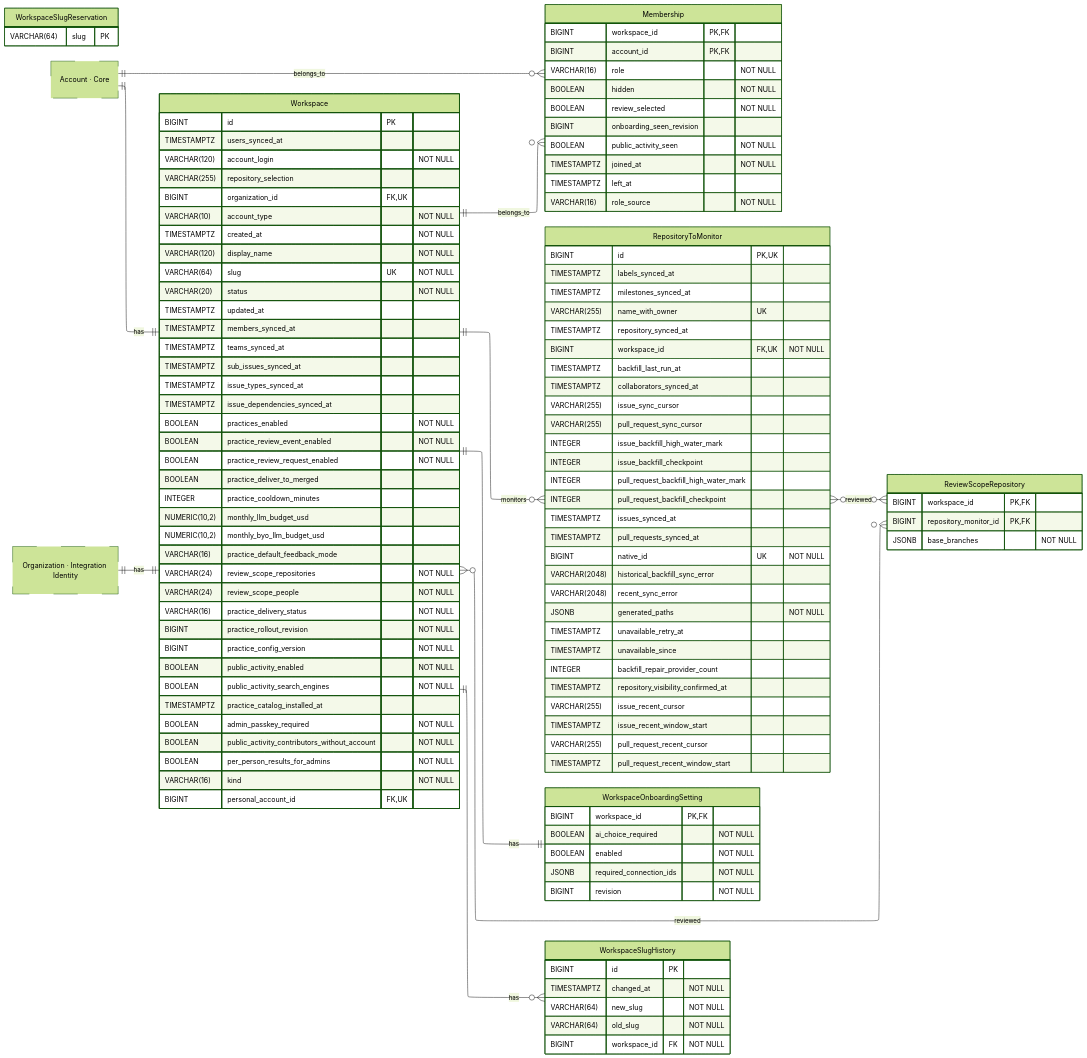
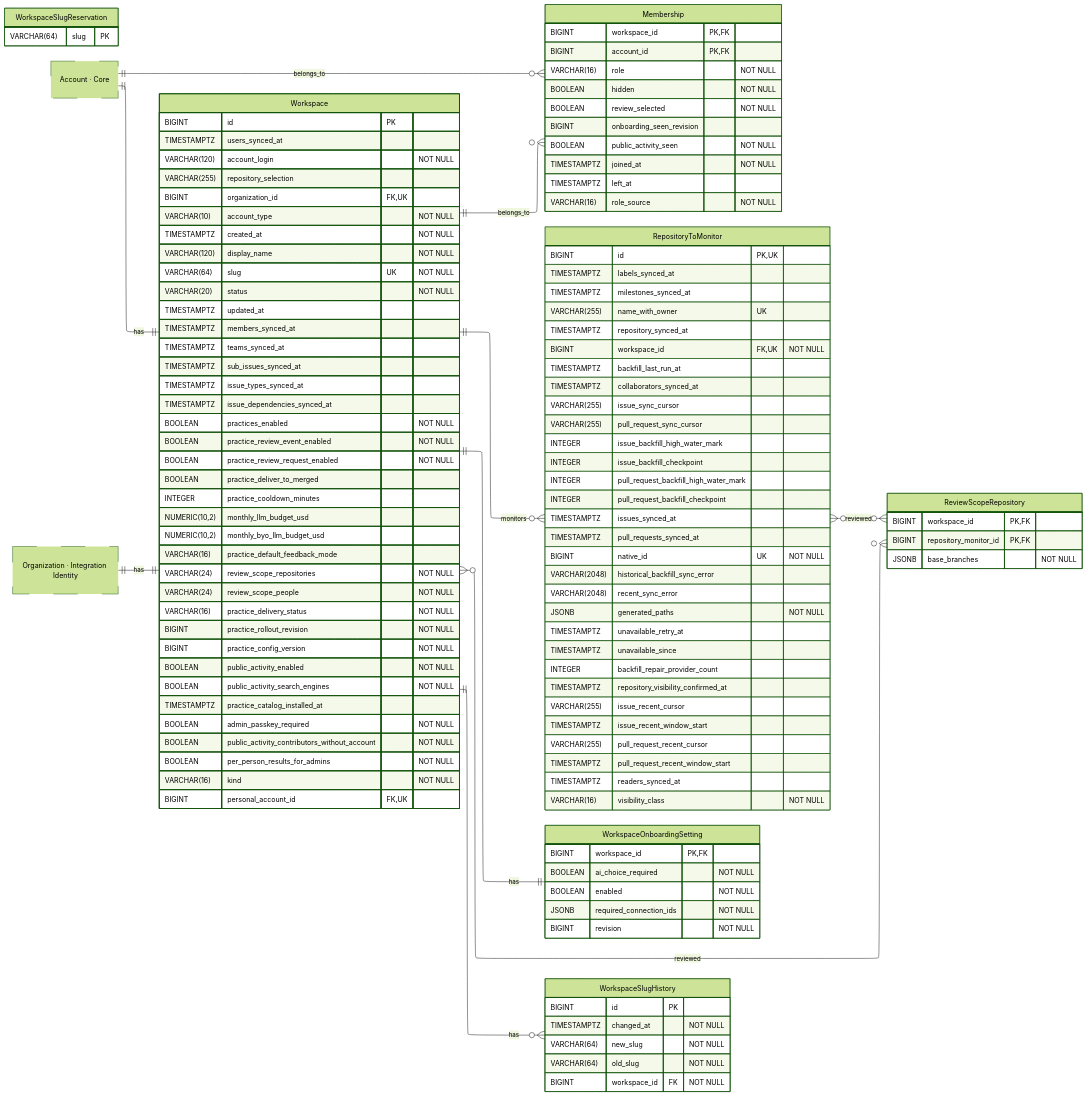
Before and after one commit to hephaestus-build/Hephaestus: the diagram in docs/contributor/erd/workspace.mmd, drawn with Mermaid (forest theme). The commit also changed 8 other files, not shown here.

```diff
--- a/docs/contributor/erd/workspace.mmd
+++ b/docs/contributor/erd/workspace.mmd
@@ -1,150 +1,152 @@
 ---
 config:
     layout: elk
 ---
 erDiagram
     %% Generated automatically from PostgreSQL database schema
     %% using scripts/generate-mermaid-erd.ts
     %% To regenerate: vp run db:generate-erd-docs
 
     direction LR
 
     Membership {
         BIGINT workspace_id PK,FK
         BIGINT account_id PK,FK
         VARCHAR(16) role "NOT NULL"
         BOOLEAN hidden "NOT NULL"
         BOOLEAN review_selected "NOT NULL"
         BIGINT onboarding_seen_revision
         BOOLEAN public_activity_seen "NOT NULL"
         TIMESTAMPTZ joined_at "NOT NULL"
         TIMESTAMPTZ left_at
         VARCHAR(16) role_source "NOT NULL"
     }
 
     RepositoryToMonitor {
         BIGINT id PK,UK
         TIMESTAMPTZ labels_synced_at
         TIMESTAMPTZ milestones_synced_at
         VARCHAR(255) name_with_owner UK
         TIMESTAMPTZ repository_synced_at
         BIGINT workspace_id FK,UK "NOT NULL"
         TIMESTAMPTZ backfill_last_run_at
         TIMESTAMPTZ collaborators_synced_at
         VARCHAR(255) issue_sync_cursor
         VARCHAR(255) pull_request_sync_cursor
         INTEGER issue_backfill_high_water_mark
         INTEGER issue_backfill_checkpoint
         INTEGER pull_request_backfill_high_water_mark
         INTEGER pull_request_backfill_checkpoint
         TIMESTAMPTZ issues_synced_at
         TIMESTAMPTZ pull_requests_synced_at
         BIGINT native_id UK "NOT NULL"
         VARCHAR(2048) historical_backfill_sync_error
         VARCHAR(2048) recent_sync_error
         JSONB generated_paths "NOT NULL"
         TIMESTAMPTZ unavailable_retry_at
         TIMESTAMPTZ unavailable_since
         INTEGER backfill_repair_provider_count
         TIMESTAMPTZ repository_visibility_confirmed_at
         VARCHAR(255) issue_recent_cursor
         TIMESTAMPTZ issue_recent_window_start
         VARCHAR(255) pull_request_recent_cursor
         TIMESTAMPTZ pull_request_recent_window_start
+        TIMESTAMPTZ readers_synced_at
+        VARCHAR(16) visibility_class "NOT NULL"
     }
 
     ReviewScopeRepository {
         BIGINT workspace_id PK,FK
         BIGINT repository_monitor_id PK,FK
         JSONB base_branches "NOT NULL"
     }
 
     Workspace {
         BIGINT id PK
         TIMESTAMPTZ users_synced_at
         VARCHAR(120) account_login "NOT NULL"
         VARCHAR(255) repository_selection
         BIGINT organization_id FK,UK
         VARCHAR(10) account_type "NOT NULL"
         TIMESTAMPTZ created_at "NOT NULL"
         VARCHAR(120) display_name "NOT NULL"
         VARCHAR(64) slug UK "NOT NULL"
         VARCHAR(20) status "NOT NULL"
         TIMESTAMPTZ updated_at
         TIMESTAMPTZ members_synced_at
         TIMESTAMPTZ teams_synced_at
         TIMESTAMPTZ sub_issues_synced_at
         TIMESTAMPTZ issue_types_synced_at
         TIMESTAMPTZ issue_dependencies_synced_at
         BOOLEAN practices_enabled "NOT NULL"
         BOOLEAN practice_review_event_enabled "NOT NULL"
         BOOLEAN practice_review_request_enabled "NOT NULL"
         BOOLEAN practice_deliver_to_merged
         INTEGER practice_cooldown_minutes
         NUMERIC(10,2) monthly_llm_budget_usd
         NUMERIC(10,2) monthly_byo_llm_budget_usd
         VARCHAR(16) practice_default_feedback_mode
         VARCHAR(24) review_scope_repositories "NOT NULL"
         VARCHAR(24) review_scope_people "NOT NULL"
         VARCHAR(16) practice_delivery_status "NOT NULL"
         BIGINT practice_rollout_revision "NOT NULL"
         BIGINT practice_config_version "NOT NULL"
         BOOLEAN public_activity_enabled "NOT NULL"
         BOOLEAN public_activity_search_engines "NOT NULL"
         TIMESTAMPTZ practice_catalog_installed_at
         BOOLEAN admin_passkey_required "NOT NULL"
         BOOLEAN public_activity_contributors_without_account "NOT NULL"
         BOOLEAN per_person_results_for_admins "NOT NULL"
         VARCHAR(16) kind "NOT NULL"
         BIGINT personal_account_id FK,UK
     }
 
     WorkspaceOnboardingSetting {
         BIGINT workspace_id PK,FK
         BOOLEAN ai_choice_required "NOT NULL"
         BOOLEAN enabled "NOT NULL"
         JSONB required_connection_ids "NOT NULL"
         BIGINT revision "NOT NULL"
     }
 
     WorkspaceSlugHistory {
         BIGINT id PK
         TIMESTAMPTZ changed_at "NOT NULL"
         VARCHAR(64) new_slug "NOT NULL"
         VARCHAR(64) old_slug "NOT NULL"
         BIGINT workspace_id FK "NOT NULL"
     }
 
     WorkspaceSlugReservation {
         VARCHAR(64) slug PK
     }
 
     Account["Account · Core"]
     Organization["Organization · Integration Identity"]
 
     %% Relationships
     %% One-to-One relationships
     Organization ||--|| Workspace : has
     Account ||--|| Workspace : has
     Workspace ||--|| WorkspaceOnboardingSetting : has
 
     %% One-to-Many relationships
     Account ||--o{ Membership : belongs_to
     Workspace ||--o{ Membership : belongs_to
     Workspace ||--o{ RepositoryToMonitor : monitors
     Workspace ||--o{ WorkspaceSlugHistory : has
 
     %% Many-to-Many relationships
     RepositoryToMonitor }o--o{ ReviewScopeRepository : reviewed
     Workspace }o--o{ ReviewScopeRepository : reviewed
 
     %% Styling
     classDef primaryEntity stroke-width:2px
     classDef associationEntity stroke-width:1px
     classDef metadataEntity stroke-width:1px
     classDef referenceEntity stroke-dasharray:5 5
 
     class Account referenceEntity
     class Organization referenceEntity
     class RepositoryToMonitor metadataEntity
     class Workspace primaryEntity
```
